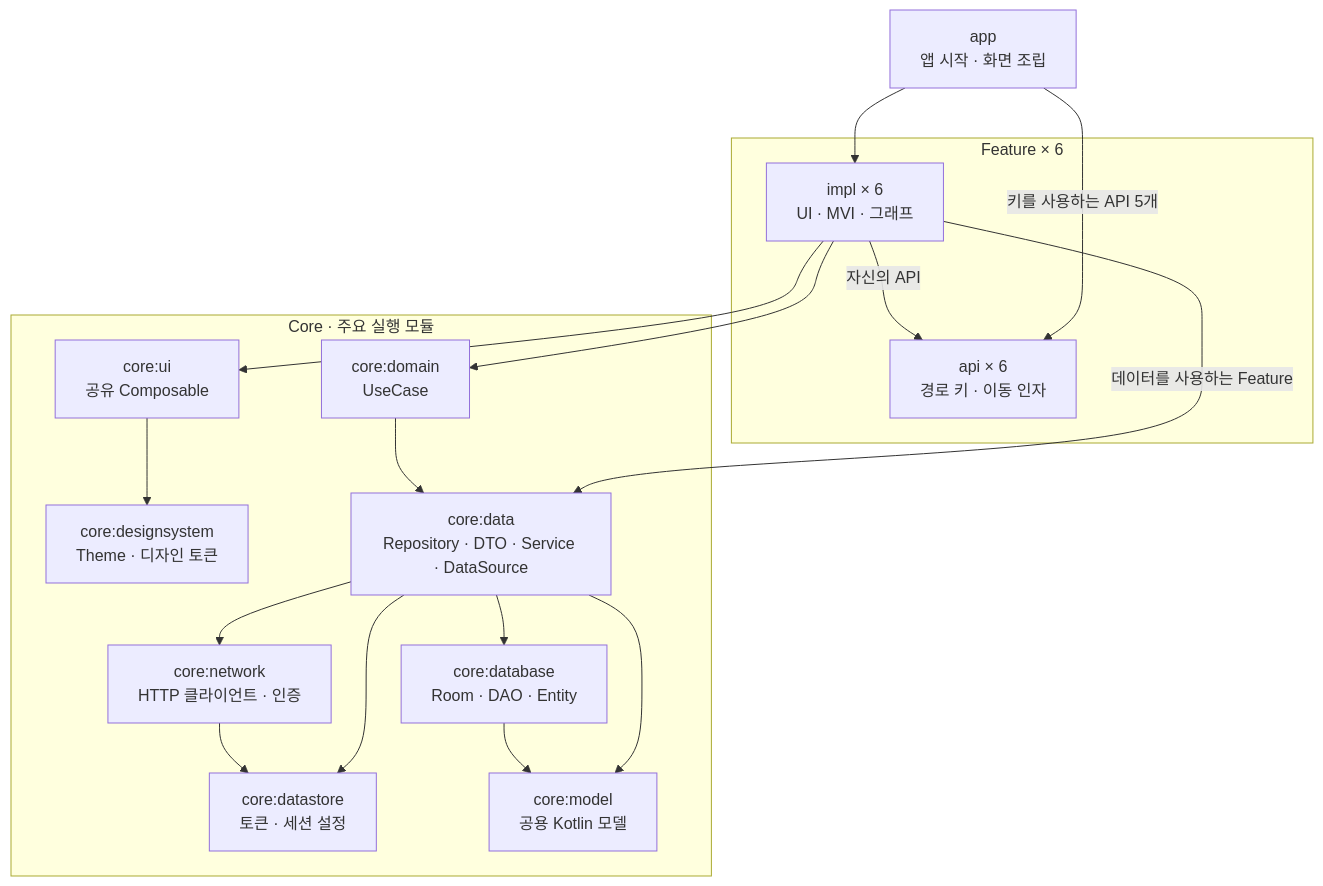
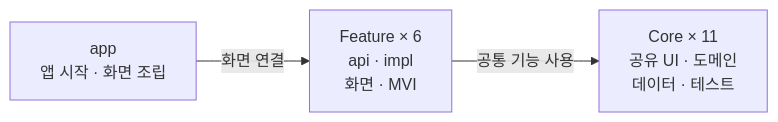
The first of 2 diagrams in README.md (Momentwo/Momentwo), drawn with Mermaid before and after one commit. The commit also changed other lines of this file, not shown here.

Commit message:
docs: README 모듈 구조도 간소화

````diff
--- a/README.md
+++ b/README.md
@@ -236,35 +236,9 @@
 ```mermaid
-flowchart TB
+flowchart LR
     app["app<br/>앱 시작 · 화면 조립"]
+    feature["Feature × 6<br/>api · impl<br/>화면 · MVI"]
+    core["Core × 11<br/>공유 UI · 도메인<br/>데이터 · 테스트"]
 
-    subgraph feature["Feature × 6"]
-        impl["impl × 6<br/>UI · MVI · 그래프"]
-        api["api × 6<br/>경로 키 · 이동 인자"]
-    end
-
-    subgraph core["Core · 주요 실행 모듈"]
-        ui["core:ui<br/>공유 Composable"]
-        designsystem["core:designsystem<br/>Theme · 디자인 토큰"]
-        domain["core:domain<br/>UseCase"]
-        data["core:data<br/>Repository · DTO · Service · DataSource"]
-        network["core:network<br/>HTTP 클라이언트 · 인증"]
-        database["core:database<br/>Room · DAO · Entity"]
-        datastore["core:datastore<br/>토큰 · 세션 설정"]
-        model["core:model<br/>공용 Kotlin 모델"]
-    end
-
-    app -->|"키를 사용하는 API 5개"| api
-    app --> impl
-    impl -->|"자신의 API"| api
-    impl --> ui
-    impl --> domain
-    impl -->|"데이터를 사용하는 Feature"| data
-    ui --> designsystem
-    domain --> data
-    data --> network
-    data --> database
-    data --> datastore
-    data --> model
-    network --> datastore
-    database --> model
+    app -->|"화면 연결"| feature
+    feature -->|"공통 기능 사용"| core
 ```
````
